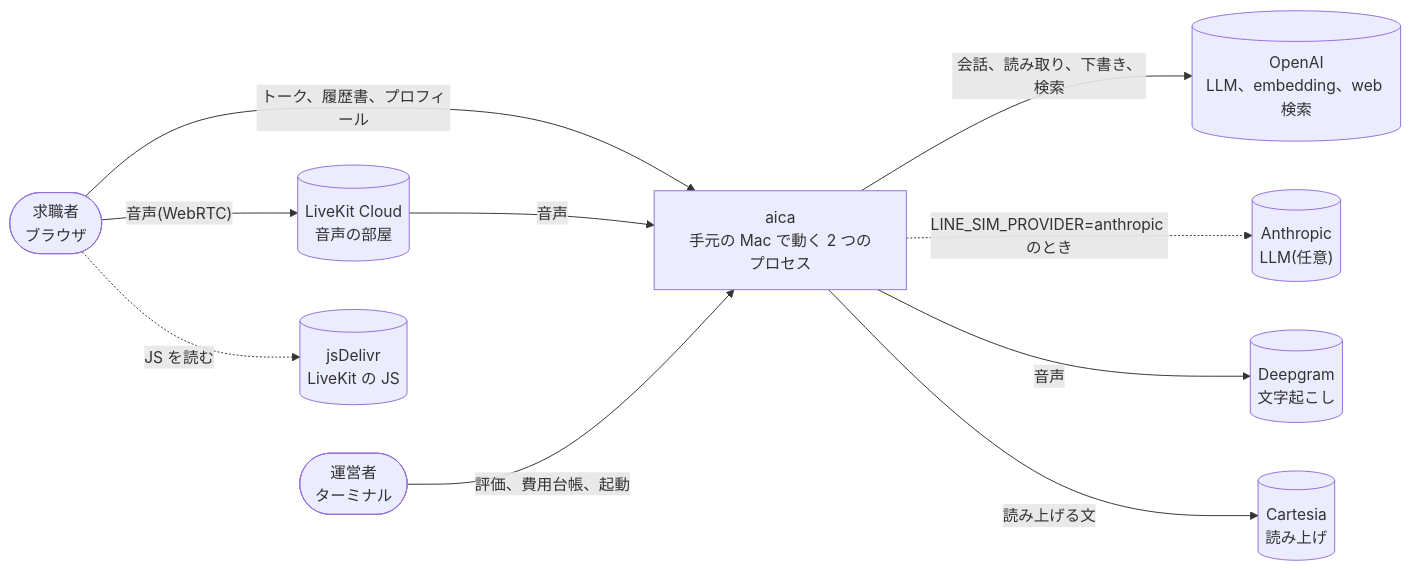
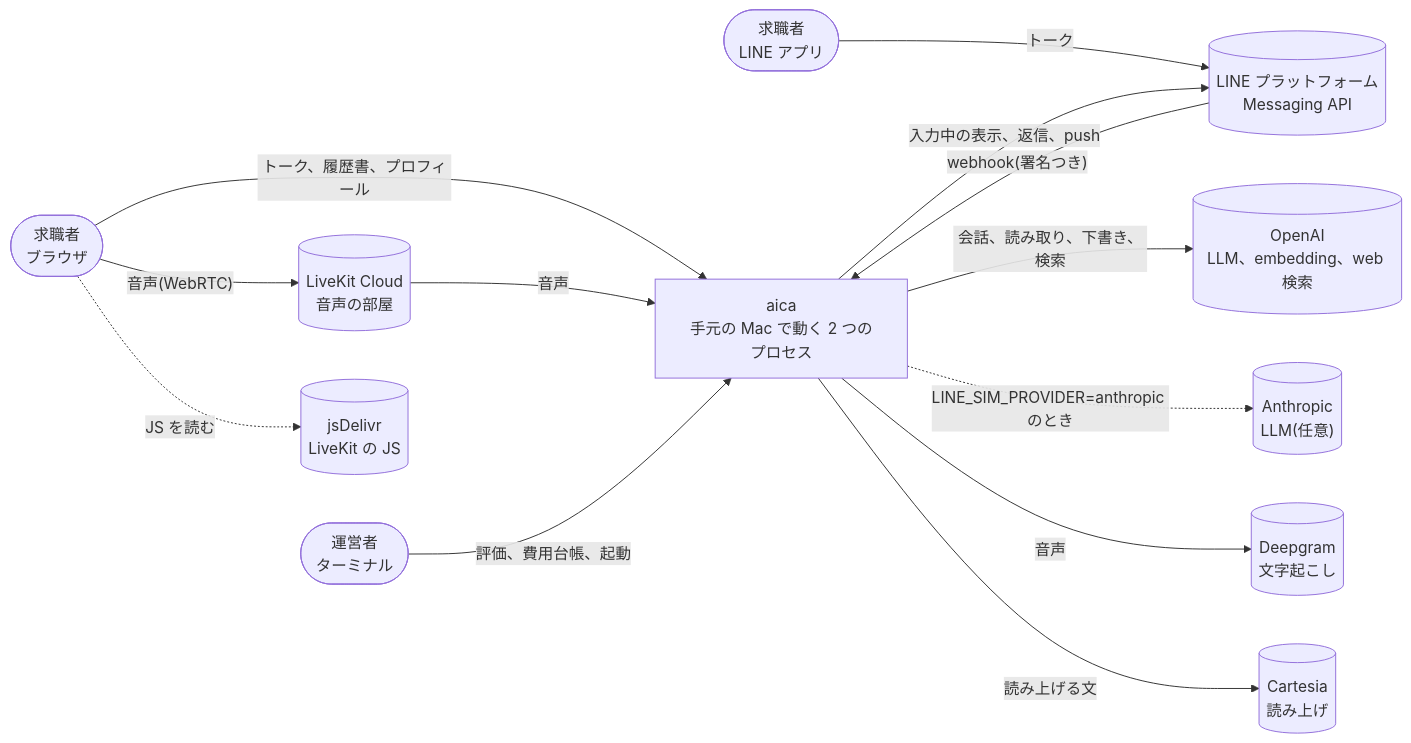
Before and after one commit to jyoka/aica: the first of 9 diagrams in docs/architecture/hld.md, drawn with Mermaid. The commit also changed other lines of this file and 7 other files, not shown here.

Commit message:
task 177: aica LINE (1/3): Messaging API の webhook でテキストの会話を返す

````diff
--- a/docs/architecture/hld.md
+++ b/docs/architecture/hld.md
@@ -99,22 +103,27 @@
 ```mermaid
 flowchart LR
     seeker(["求職者<br/>ブラウザ"])
+    lineu(["求職者<br/>LINE アプリ"])
+    lineapi[("LINE プラットフォーム<br/>Messaging API")]
     op(["運営者<br/>ターミナル"])
     aica["aica<br/>手元の Mac で動く 2 つのプロセス"]
     openai[("OpenAI<br/>LLM、embedding、web 検索")]
     anthropic[("Anthropic<br/>LLM(任意)")]
     livekit[("LiveKit Cloud<br/>音声の部屋")]
     deepgram[("Deepgram<br/>文字起こし")]
     cartesia[("Cartesia<br/>読み上げ")]
     cdn[("jsDelivr<br/>LiveKit の JS")]
 
     seeker -- "トーク、履歴書、プロフィール" --> aica
+    lineu -- "トーク" --> lineapi
+    lineapi -- "webhook(署名つき)" --> aica
+    aica -- "入力中の表示、返信、push" --> lineapi
     seeker -- "音声(WebRTC)" --> livekit
     seeker -. "JS を読む" .-> cdn
     livekit -- "音声" --> aica
     op -- "評価、費用台帳、起動" --> aica
     aica -- "会話、読み取り、下書き、検索" --> openai
     aica -. "LINE_SIM_PROVIDER=anthropic のとき" .-> anthropic
     aica -- "音声" --> deepgram
     aica -- "読み上げる文" --> cartesia
 ```
````
